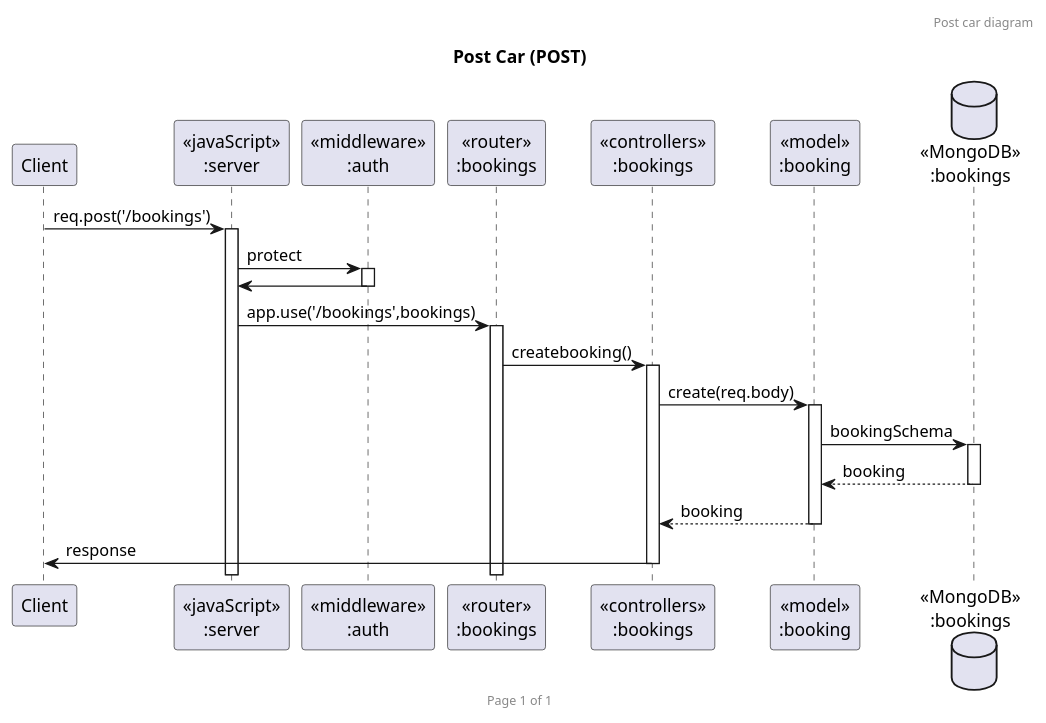
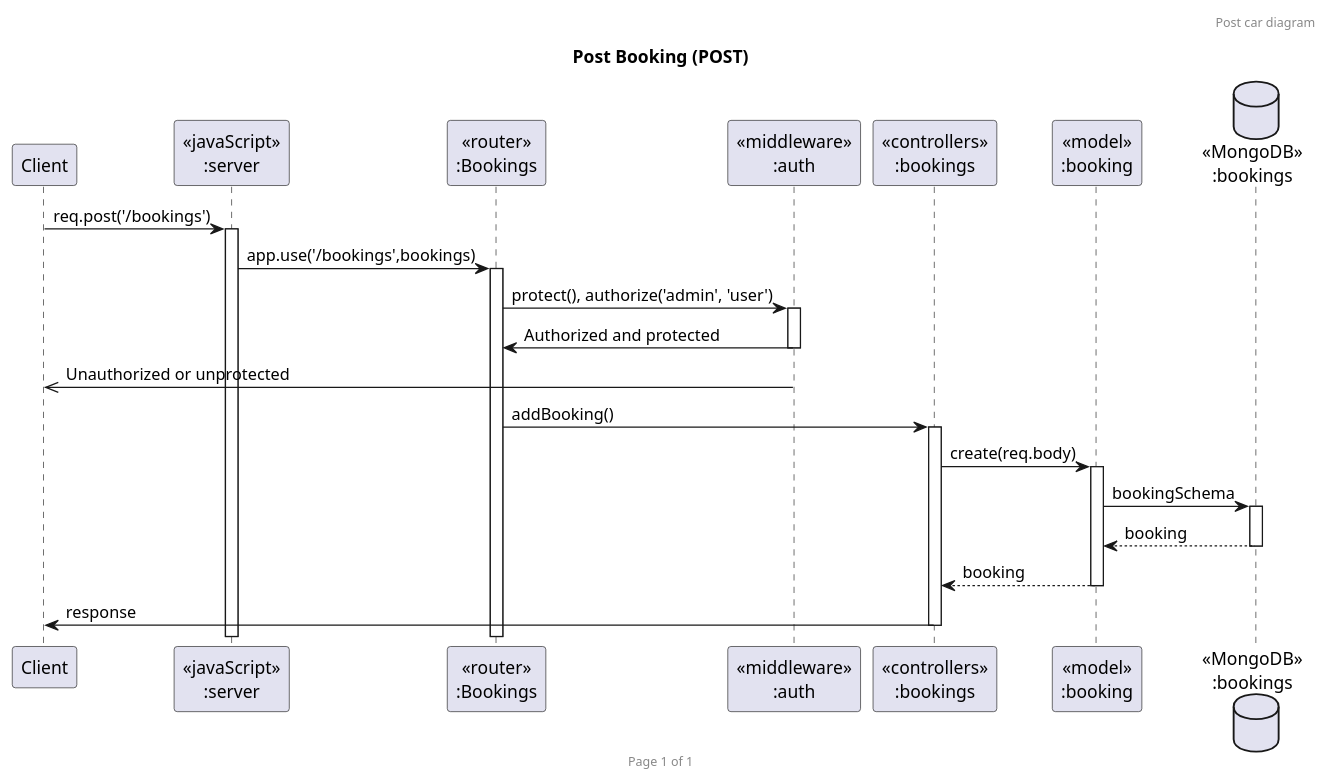
The diagram in Puml/PostBooking.puml (2110503TACEDT66/presentation-day-1-samrongsquad), drawn with PlantUML before and after one commit. The commit also changed 9 other files, not shown here.

```diff
--- a/Puml/PostBooking.puml
+++ b/Puml/PostBooking.puml
@@ -1,26 +1,27 @@
 @startuml Post booking (POST)
 
 header Post car diagram
 footer Page %page% of %lastpage%
-title "Post Car (POST)"
+title "Post Booking (POST)"
 
 participant "Client" as client
 participant "<<javaScript>>\n:server" as server
+participant "<<router>>\n:Bookings" as routerBookings
 participant "<<middleware>>\n:auth" as middlewareAuth
-participant "<<router>>\n:bookings" as routerbookings
 participant "<<controllers>>\n:bookings" as controllersbookings
 participant "<<model>>\n:booking" as modelbooking
 database "<<MongoDB>>\n:bookings" as bookingsDatabase
 
 client->server ++:req.post('/bookings')
-server->middlewareAuth ++: protect
-middlewareAuth -> server --:
-server->routerbookings ++:app.use('/bookings',bookings)
-routerbookings -> controllersbookings ++:createbooking()
+server->routerBookings ++:app.use('/bookings',bookings)
+routerBookings->middlewareAuth ++: protect(), authorize('admin', 'user')
+middlewareAuth->routerBookings --: Authorized and protected
+middlewareAuth ->> client --: Unauthorized or unprotected
+routerBookings -> controllersbookings ++:addBooking()
 controllersbookings->modelbooking ++:create(req.body)
 modelbooking ->bookingsDatabase ++: bookingSchema
 bookingsDatabase --> modelbooking --: booking
 controllersbookings <-- modelbooking --:booking
 controllersbookings->client --:response
 
 @enduml
```
